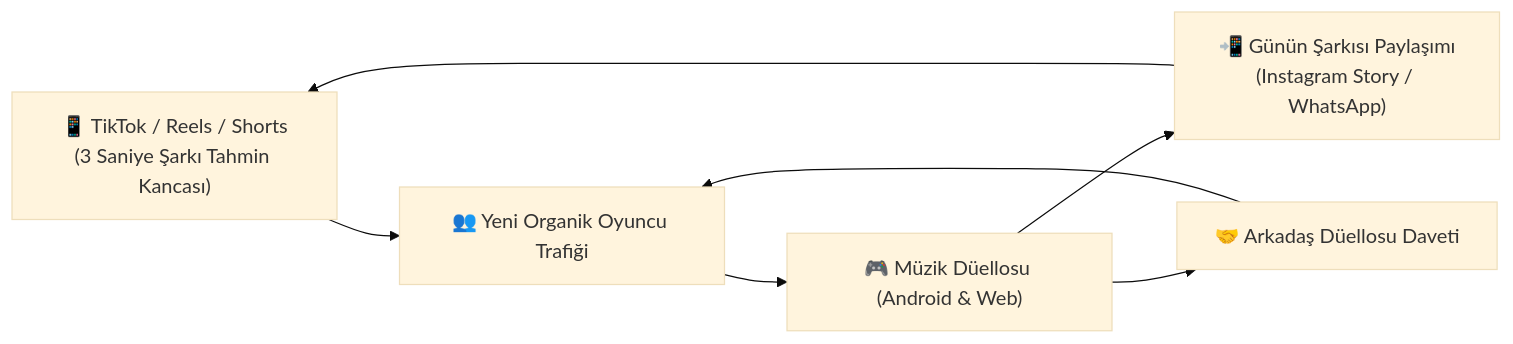
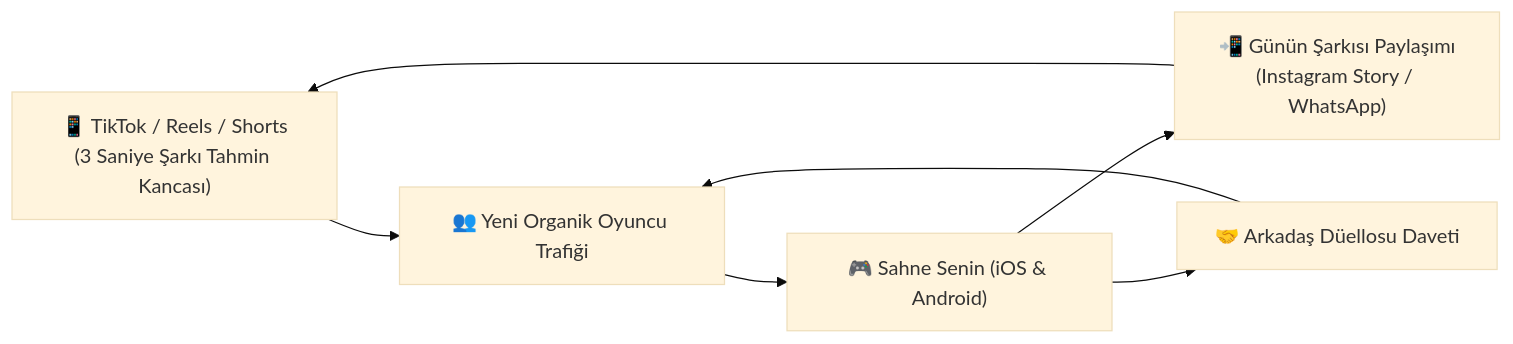
Before and after one commit to erd5334/muzik_duellosu: the second of 3 diagrams in YOL_HARITASI.md, drawn with Mermaid (base theme). The commit also changed other lines of this file, not shown here.

Commit message:
docs: integrate comprehensive Apple App Store launch & monetization roadmap

````diff
--- a/YOL_HARITASI.md
+++ b/YOL_HARITASI.md
@@ -112,9 +117,9 @@
 ```mermaid
 flowchart LR
     Shorts["📱 TikTok / Reels / Shorts<br/>(3 Saniye Şarkı Tahmin Kancası)"] --> Traffic["👥 Yeni Organik Oyuncu Trafiği"]
-    Traffic --> App["🎮 Müzik Düellosu (Android & Web)"]
+    Traffic --> App["🎮 Sahne Senin (iOS & Android)"]
     App --> WordleShare["📲 Günün Şarkısı Paylaşımı<br/>(Instagram Story / WhatsApp)"]
     WordleShare --> Shorts
     App --> FriendDuel["🤝 Arkadaş Düellosu Daveti"]
     FriendDuel --> Traffic
 ```
````
